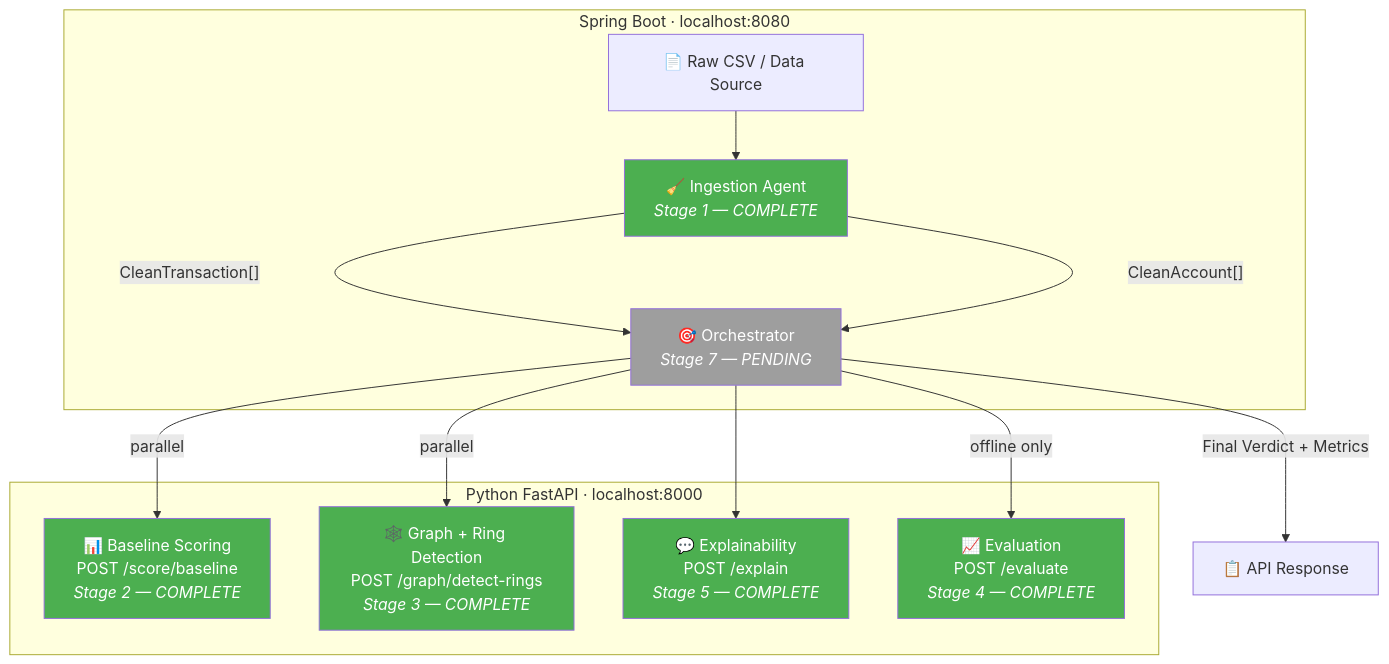
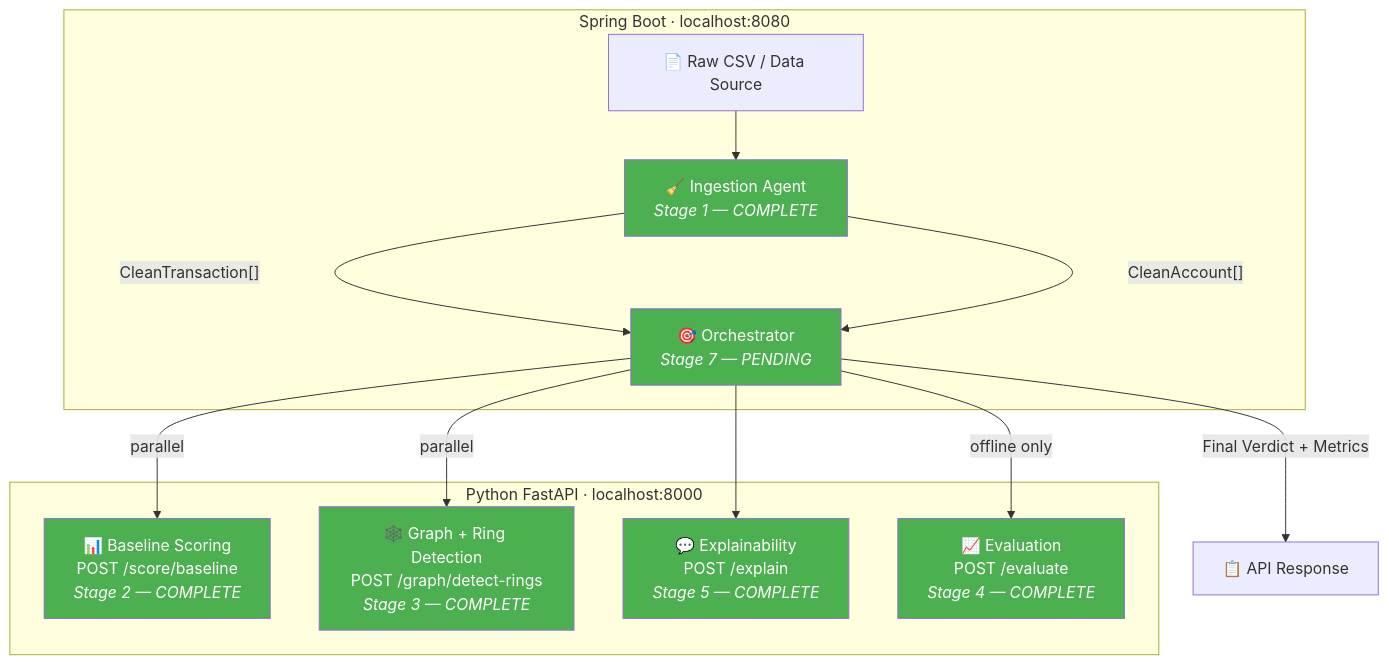
The diagram in PROJECT_SYNOPSIS.md (mdyusuf0/AI-Risk-Manager), drawn with Mermaid before and after one commit. The commit also changed other lines of this file and 7 other files, not shown here.

````diff
--- a/PROJECT_SYNOPSIS.md
+++ b/PROJECT_SYNOPSIS.md
@@ -27,31 +27,31 @@
 ```mermaid
 graph TB
     subgraph "Spring Boot · localhost:8080"
         CSV["📄 Raw CSV / Data Source"]
         IA["🧹 Ingestion Agent<br/><i>Stage 1 — COMPLETE</i>"]
         ORCH["🎯 Orchestrator<br/><i>Stage 7 — PENDING</i>"]
     end
 
     subgraph "Python FastAPI · localhost:8000"
         BS["📊 Baseline Scoring<br/>POST /score/baseline<br/><i>Stage 2 — COMPLETE</i>"]
         GR["🕸️ Graph + Ring Detection<br/>POST /graph/detect-rings<br/><i>Stage 3 — COMPLETE</i>"]
         EX["💬 Explainability<br/>POST /explain<br/><i>Stage 5 — COMPLETE</i>"]
         EV["📈 Evaluation<br/>POST /evaluate<br/><i>Stage 4 — COMPLETE</i>"]
     end
 
     CSV --> IA
     IA -->|"CleanTransaction[]"| ORCH
     IA -->|"CleanAccount[]"| ORCH
     ORCH -->|"parallel"| BS
     ORCH -->|"parallel"| GR
     ORCH --> EX
     ORCH -->|"offline only"| EV
     ORCH -->|"Final Verdict + Metrics"| OUTPUT["📋 API Response"]
 
     style IA fill:#4caf50,color:#fff
-    style ORCH fill:#9e9e9e,color:#fff
+    style ORCH fill:#4caf50,color:#fff
     style BS fill:#4caf50,color:#fff
     style GR fill:#4caf50,color:#fff
     style EX fill:#4caf50,color:#fff
     style EV fill:#4caf50,color:#fff
 ```
````
